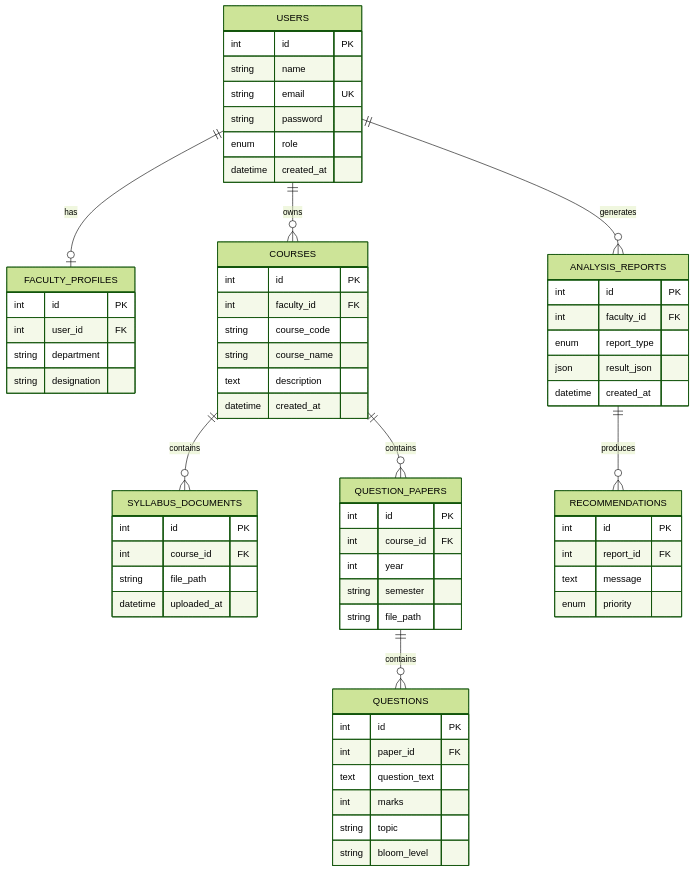
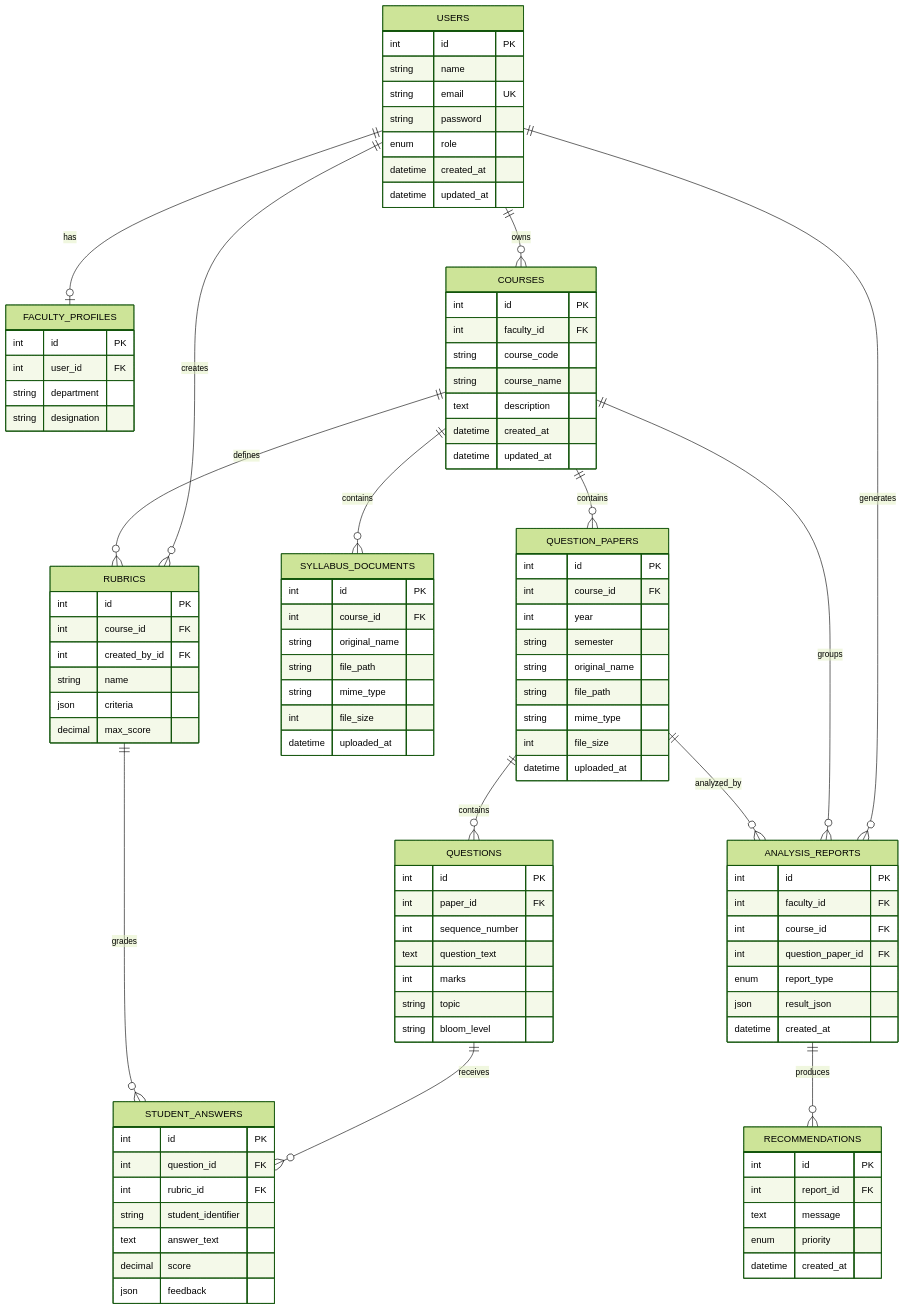
The diagram in docs/ER_DIAGRAM.md (ProttoyDip/AcadIQ), drawn with Mermaid (forest theme) before and after one commit. The commit also changed other lines of this file and 73 other files, not shown here.

````diff
--- a/docs/ER_DIAGRAM.md
+++ b/docs/ER_DIAGRAM.md
@@ -5,9 +5,15 @@
     USERS ||--o| FACULTY_PROFILES : has
     USERS ||--o{ COURSES : owns
     USERS ||--o{ ANALYSIS_REPORTS : generates
+    USERS ||--o{ RUBRICS : creates
     COURSES ||--o{ SYLLABUS_DOCUMENTS : contains
     COURSES ||--o{ QUESTION_PAPERS : contains
+    COURSES ||--o{ ANALYSIS_REPORTS : groups
+    COURSES ||--o{ RUBRICS : defines
     QUESTION_PAPERS ||--o{ QUESTIONS : contains
+    QUESTION_PAPERS ||--o{ ANALYSIS_REPORTS : analyzed_by
+    QUESTIONS ||--o{ STUDENT_ANSWERS : receives
+    RUBRICS ||--o{ STUDENT_ANSWERS : grades
     ANALYSIS_REPORTS ||--o{ RECOMMENDATIONS : produces
 
     USERS {
@@ -17,6 +23,7 @@
         string password
         enum role
         datetime created_at
+        datetime updated_at
     }
 
     FACULTY_PROFILES {
@@ -33,12 +40,16 @@
         string course_name
         text description
         datetime created_at
+        datetime updated_at
     }
 
     SYLLABUS_DOCUMENTS {
         int id PK
         int course_id FK
+        string original_name
         string file_path
+        string mime_type
+        int file_size
         datetime uploaded_at
     }
 
@@ -47,12 +58,17 @@
         int course_id FK
         int year
         string semester
+        string original_name
         string file_path
+        string mime_type
+        int file_size
+        datetime uploaded_at
     }
 
     QUESTIONS {
         int id PK
         int paper_id FK
+        int sequence_number
         text question_text
         int marks
         string topic
@@ -62,6 +78,8 @@
     ANALYSIS_REPORTS {
         int id PK
         int faculty_id FK
+        int course_id FK
+        int question_paper_id FK
         enum report_type
         json result_json
         datetime created_at
@@ -72,5 +90,25 @@
         int report_id FK
         text message
         enum priority
+        datetime created_at
+    }
+
+    RUBRICS {
+        int id PK
+        int course_id FK
+        int created_by_id FK
+        string name
+        json criteria
+        decimal max_score
+    }
+
+    STUDENT_ANSWERS {
+        int id PK
+        int question_id FK
+        int rubric_id FK
+        string student_identifier
+        text answer_text
+        decimal score
+        json feedback
     }
 ```
````
